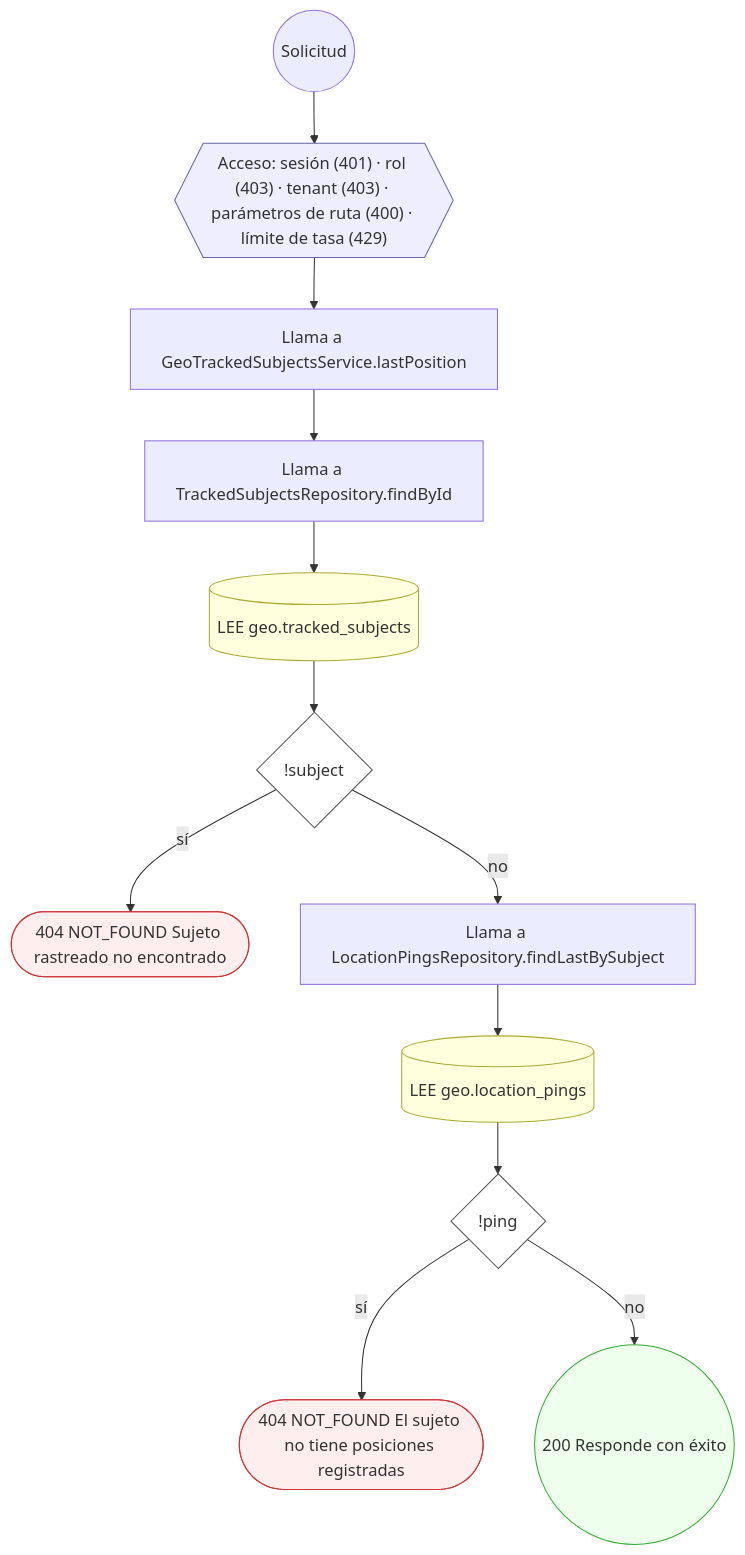
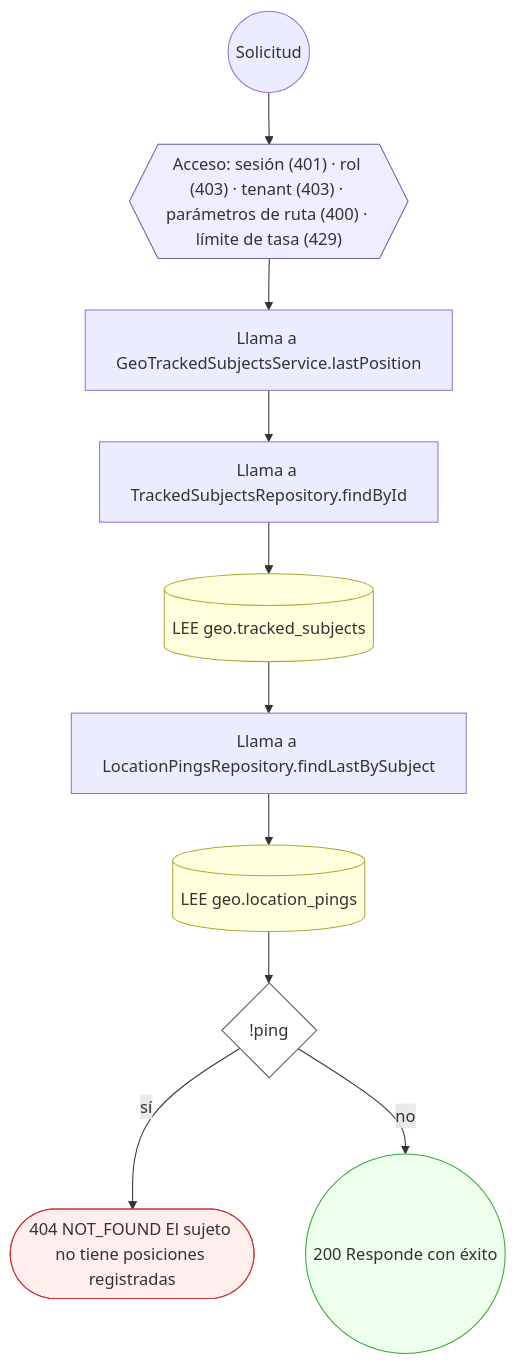
The fifth of 11 diagrams in docs/inventario/flujos/geo.md (mdavila-2001/mantra-core-health-api), drawn with Mermaid before and after one commit. The commit also changed other lines of this file and 438 other files, not shown here.

````diff
--- a/docs/inventario/flujos/geo.md
+++ b/docs/inventario/flujos/geo.md
@@ -296,32 +287,28 @@
 ```mermaid
 flowchart TD
   n1(("Solicitud")):::inicio
   n2{{"Acceso: sesión (401) · rol (403) · tenant (403) · parámetros de ruta (400) · límite de tasa (429)"}}:::acceso
   n1 --> n2
   n3["Llama a GeoTrackedSubjectsService.lastPosition"]:::llamada
   n2 --> n3
   n4["Llama a TrackedSubjectsRepository.findById"]:::llamada
   n3 --> n4
   n5[("LEE geo.tracked_subjects")]:::efecto
   n4 --> n5
-  n6{"!subject"}:::decision
+  n6["Llama a LocationPingsRepository.findLastBySubject"]:::llamada
   n5 --> n6
-  n7(["404 NOT_FOUND Sujeto rastreado no encontrado"]):::error
-  n6 -->|"sí"| n7
-  n8["Llama a LocationPingsRepository.findLastBySubject"]:::llamada
-  n6 -->|"no"| n8
-  n9[("LEE geo.location_pings")]:::efecto
-  n8 --> n9
-  n10{"!ping"}:::decision
-  n9 --> n10
-  n11(["404 NOT_FOUND El sujeto no tiene posiciones registradas"]):::error
-  n10 -->|"sí"| n11
-  n12(("200 Responde con éxito")):::ok
-  n10 -->|"no"| n12
+  n7[("LEE geo.location_pings")]:::efecto
+  n6 --> n7
+  n8{"!ping"}:::decision
+  n7 --> n8
+  n9(["404 NOT_FOUND El sujeto no tiene posiciones registradas"]):::error
+  n8 -->|"sí"| n9
+  n10(("200 Responde con éxito")):::ok
+  n8 -->|"no"| n10
   classDef acceso fill:#eef,stroke:#66a
   classDef error fill:#fee,stroke:#c33
   classDef ok fill:#efe,stroke:#3a3
   classDef efecto fill:#ffd,stroke:#aa3
   classDef decision fill:#fff,stroke:#555
   classDef corte fill:#eee,stroke:#999,stroke-dasharray: 4
 ```
````
